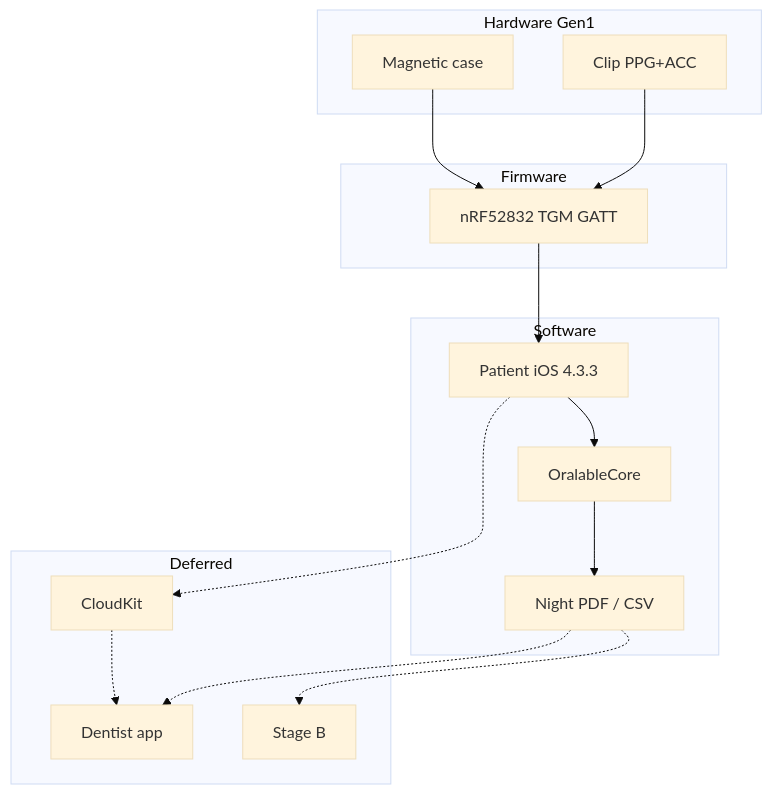
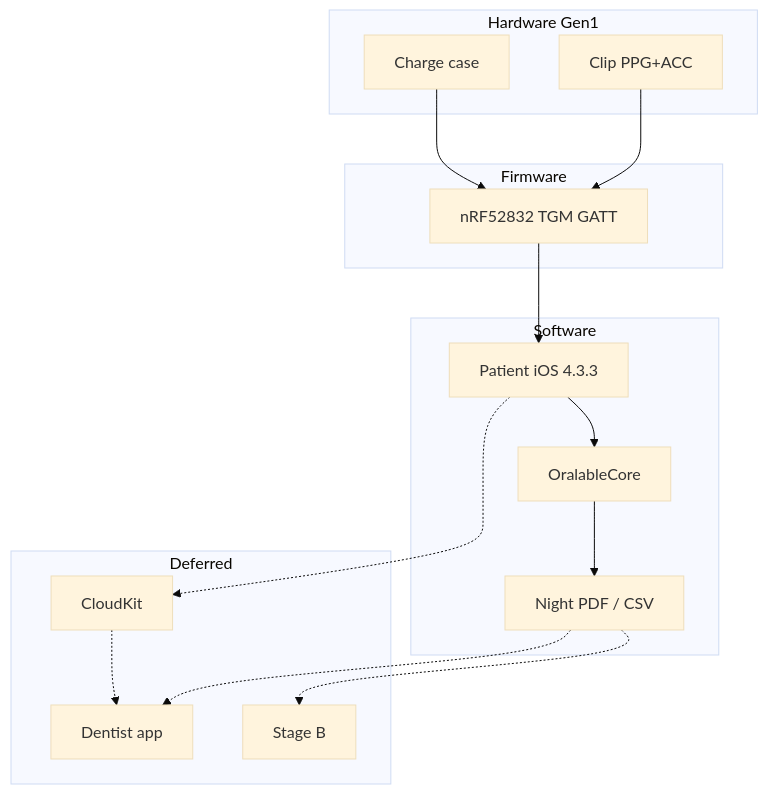
Before and after one commit to johnacogan67/cursor_oralable: the second of 9 diagrams in docs/ORALABLE_SYSTEM_MAP_DIAGRAMS.md, drawn with Mermaid (base theme). The commit also changed other lines of this file and 259 other files, not shown here.

````diff
--- a/docs/ORALABLE_SYSTEM_MAP_DIAGRAMS.md
+++ b/docs/ORALABLE_SYSTEM_MAP_DIAGRAMS.md
@@ -29,29 +29,29 @@
 ```mermaid
 flowchart TB
   subgraph HW[Hardware Gen1]
     CLIP[Clip PPG+ACC]
-    CASE[Magnetic case]
+    CASE[Charge case]
   end
   subgraph FW[Firmware]
     NRF[nRF52832 TGM GATT]
   end
   subgraph APP[Software]
     IOS[Patient iOS 4.3.3]
     CORE[OralableCore]
     PDF[Night PDF / CSV]
   end
   subgraph LATER[Deferred]
     PRO[Dentist app]
     CK[CloudKit]
     SB[Stage B]
   end
   CLIP --> NRF
   CASE --> NRF
   NRF --> IOS
   IOS --> CORE
   CORE --> PDF
   PDF -.-> PRO
   IOS -.-> CK
   CK -.-> PRO
   PDF -.-> SB
 ```
````
